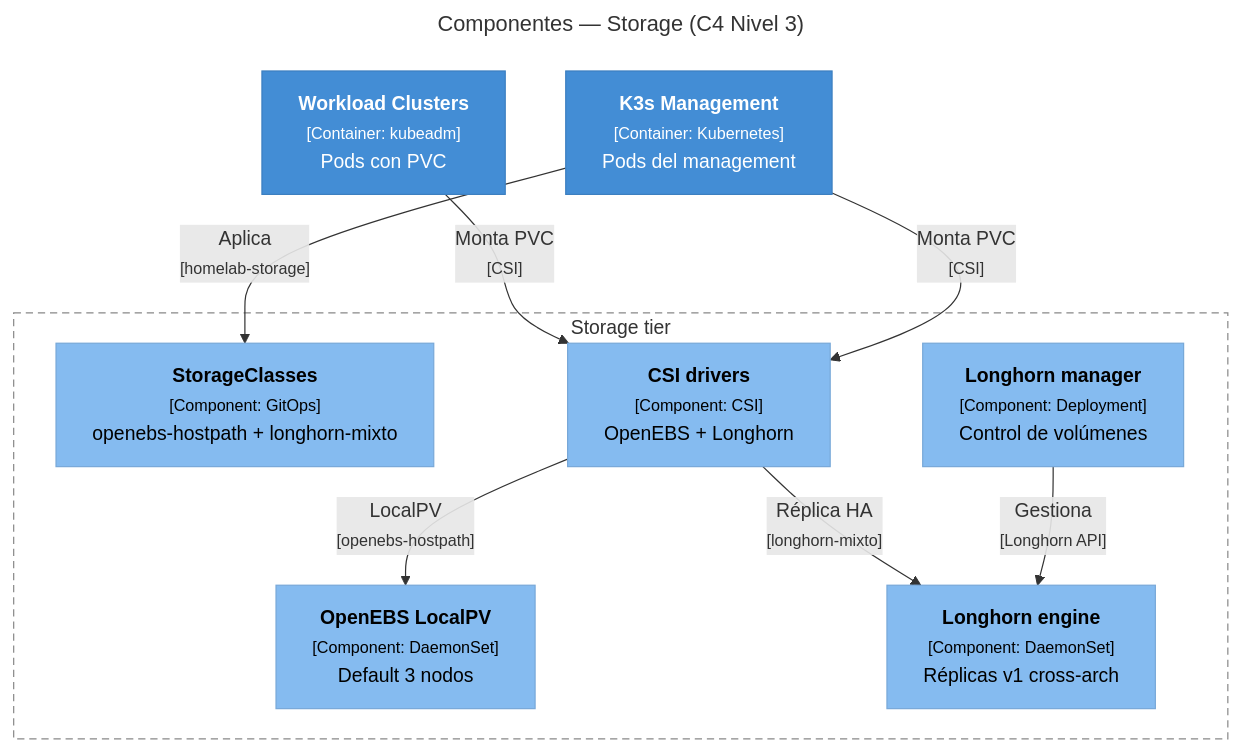
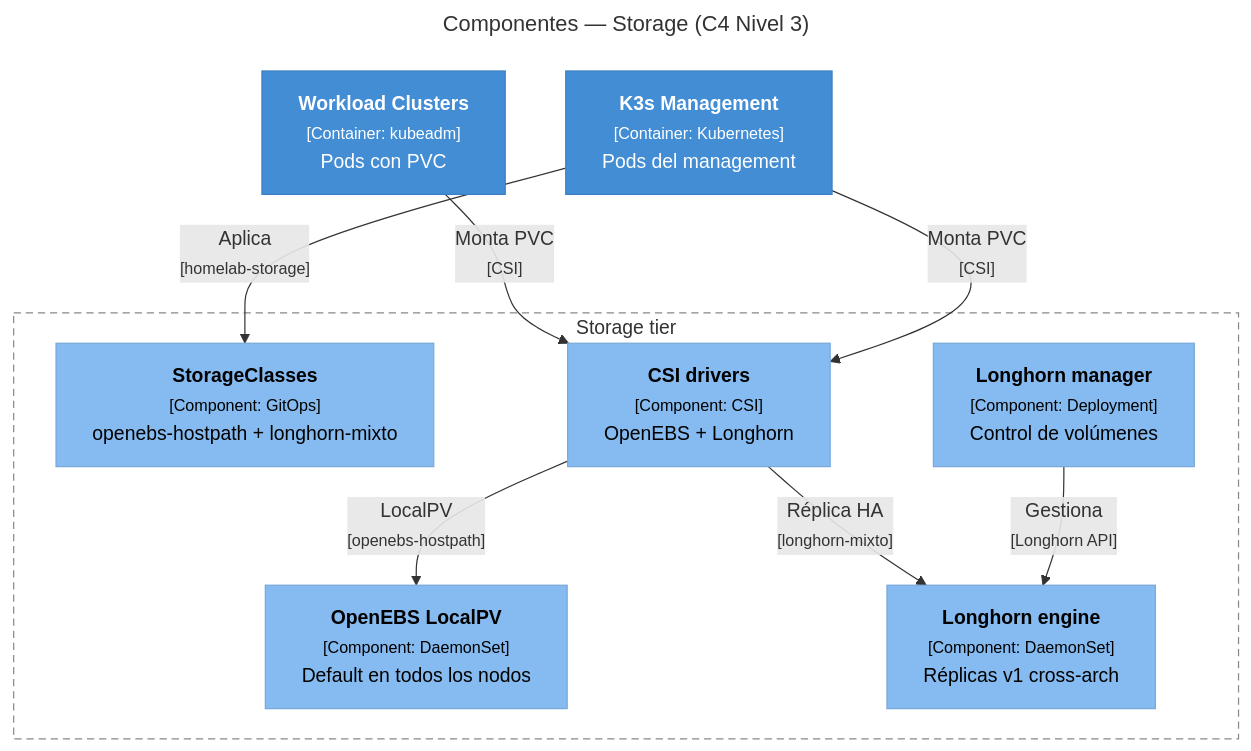
Before and after one commit to maceosoft/homelab: the fourth of 6 diagrams in docs/architecture/nivel-3-componentes.en.md, drawn with Mermaid. The commit also changed other lines of this file and 161 other files, not shown here.

````diff
--- a/docs/architecture/nivel-3-componentes.en.md
+++ b/docs/architecture/nivel-3-componentes.en.md
@@ -175,34 +165,34 @@
 ```mermaid
 ---
 title: Componentes — Storage (C4 Nivel 3)
 config:
   flowchart:
     wrappingWidth: 280
 ---
 flowchart TB
     workload["<span style='color:#fff'><b>Workload Clusters</b><br/><small>[Container: kubeadm]</small><br/>Pods con PVC</span>"]
     k3s_mgmt["<span style='color:#fff'><b>K3s Management</b><br/><small>[Container: Kubernetes]</small><br/>Pods del management</span>"]
     subgraph storage["Storage tier"]
         sc["<span style='color:#000'><b>StorageClasses</b><br/><small>[Component: GitOps]</small><br/>openebs-hostpath + longhorn-mixto</span>"]
-        openebs_prov["<span style='color:#000'><b>OpenEBS LocalPV</b><br/><small>[Component: DaemonSet]</small><br/>Default 3 nodos</span>"]
+        openebs_prov["<span style='color:#000'><b>OpenEBS LocalPV</b><br/><small>[Component: DaemonSet]</small><br/>Default en todos los nodos</span>"]
         longhorn_mgr["<span style='color:#000'><b>Longhorn manager</b><br/><small>[Component: Deployment]</small><br/>Control de volúmenes</span>"]
         longhorn_eng["<span style='color:#000'><b>Longhorn engine</b><br/><small>[Component: DaemonSet]</small><br/>Réplicas v1 cross-arch</span>"]
         csi["<span style='color:#000'><b>CSI drivers</b><br/><small>[Component: CSI]</small><br/>OpenEBS + Longhorn</span>"]
     end
 
     k3s_mgmt -->|"Aplica<br/><small>[homelab-storage]</small>"| sc
     workload -->|"Monta PVC<br/><small>[CSI]</small>"| csi
     k3s_mgmt -->|"Monta PVC<br/><small>[CSI]</small>"| csi
     csi -->|"LocalPV<br/><small>[openebs-hostpath]</small>"| openebs_prov
     csi -->|"Réplica HA<br/><small>[longhorn-mixto]</small>"| longhorn_eng
     longhorn_mgr -->|"Gestiona<br/><small>[Longhorn API]</small>"| longhorn_eng
 
     classDef person fill:#08427B,stroke:#073B6F,color:#fff
     classDef system fill:#1168BD,stroke:#0B4884,color:#fff
     classDef container fill:#438DD5,stroke:#3C7FC0,color:#fff
     classDef component fill:#85BBF0,stroke:#78A8D8,color:#000
     classDef external fill:#999999,stroke:#8A8A8A,color:#fff
     class workload,k3s_mgmt container
     class sc,openebs_prov,longhorn_mgr,longhorn_eng,csi component
     style storage fill:none,stroke:#888,stroke-dasharray:6 4
 ```
````
